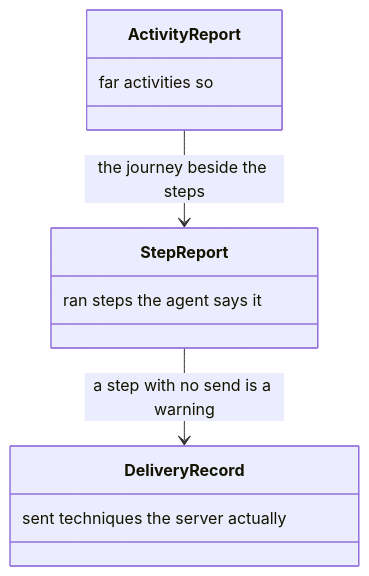
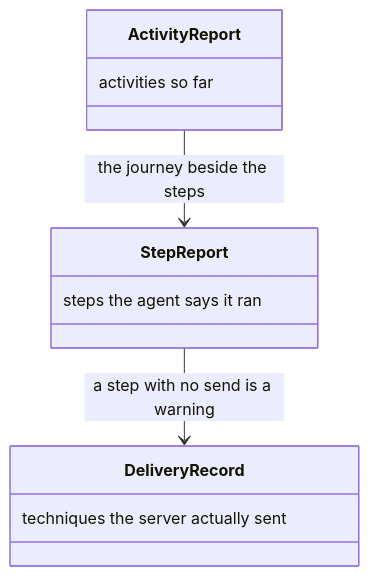
One commit to m2ux/workflow-server changed diagram 12 of 16 in docs/fidelity.md. Above: the diagram before and after it, drawn with Mermaid. The commit also changed other lines of this file and 10 other files, not shown here.

Commit message:
Write each class-box note in reading order so the diagram shows the phrase as written.

````diff
--- a/docs/fidelity.md
+++ b/docs/fidelity.md
@@ -245,14 +245,14 @@
 ```mermaid
 classDiagram
   class StepReport {
-    ran steps the agent says it
+    steps the agent says it ran
   }
   class ActivityReport {
-    far activities so
+    activities so far
   }
   class DeliveryRecord {
-    sent techniques the server actually
+    techniques the server actually sent
   }
   StepReport --> DeliveryRecord : a step with no send is a warning
   ActivityReport --> StepReport : the journey beside the steps
 ```
````
